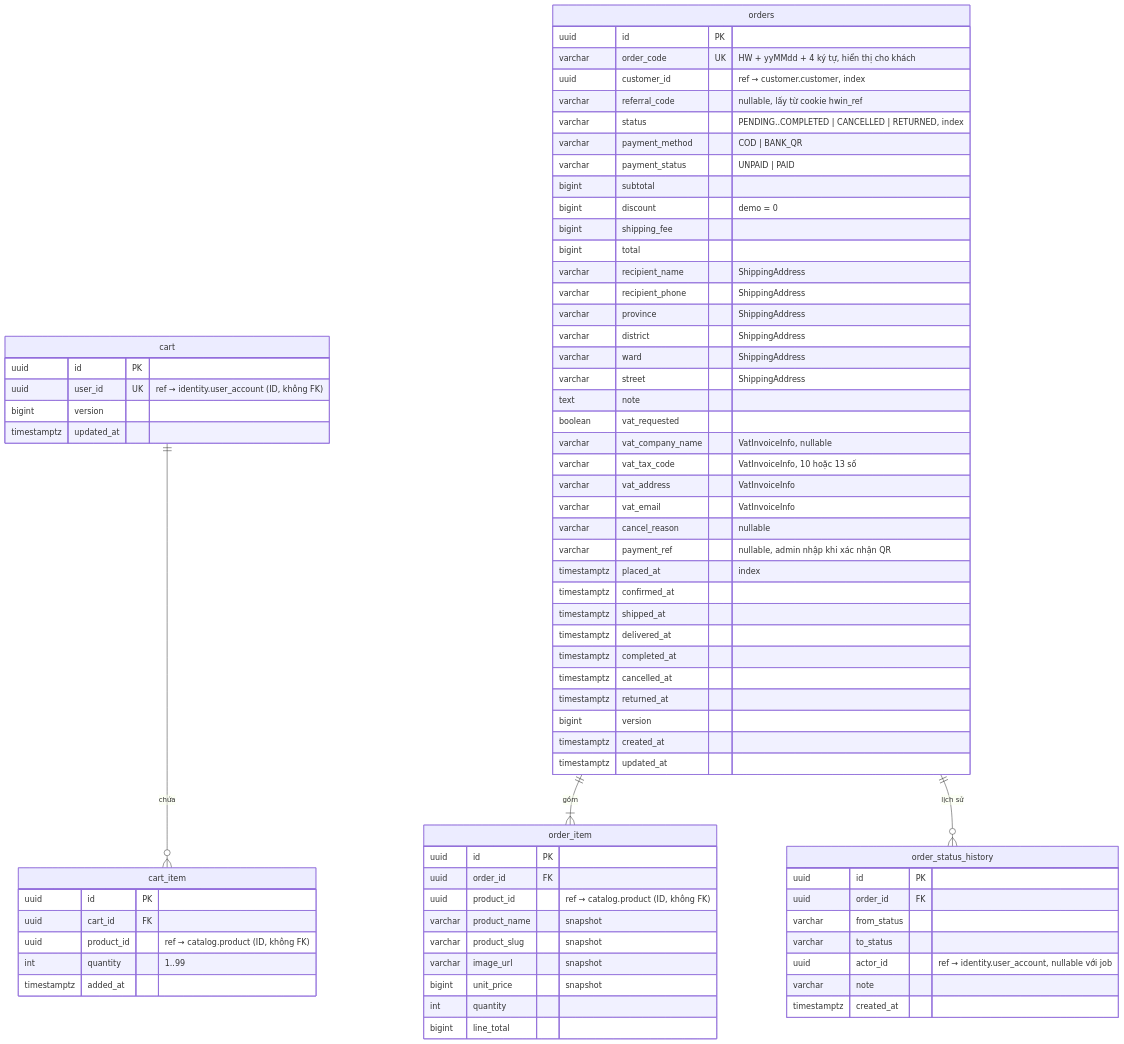
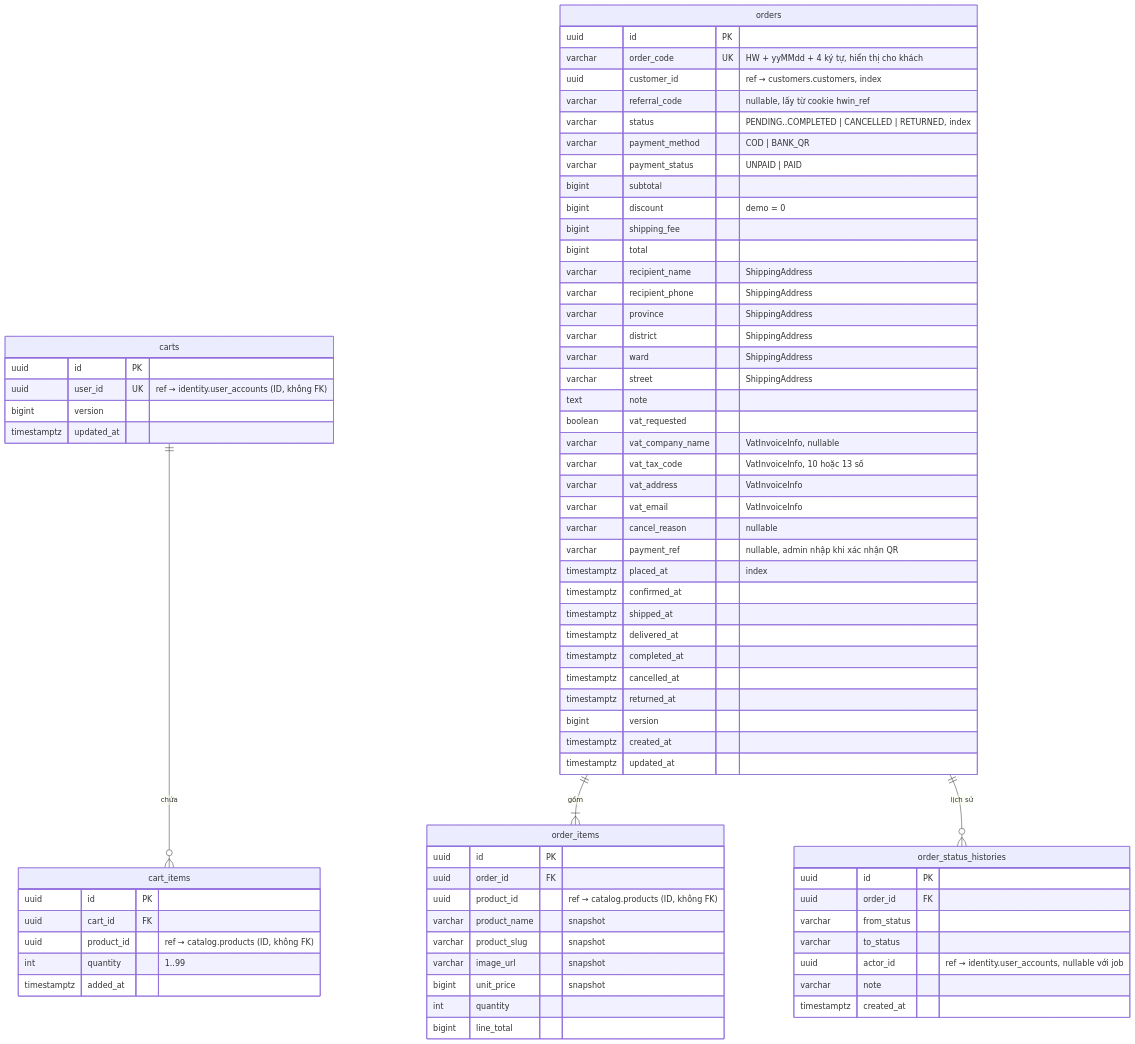
Before and after one commit to Vietnguyen203/Hwingroupweb: the third of 6 diagrams in docs/02-erd.md, drawn with Mermaid. The commit also changed other lines of this file and 415 other files, not shown here.

````diff
--- a/docs/02-erd.md
+++ b/docs/02-erd.md
@@ -170,81 +170,81 @@
 ```mermaid
 erDiagram
-    cart ||--o{ cart_item : "chứa"
-    orders ||--|{ order_item : "gồm"
-    orders ||--o{ order_status_history : "lịch sử"
+    carts ||--o{ cart_items : "chứa"
+    orders ||--|{ order_items : "gồm"
+    orders ||--o{ order_status_histories : "lịch sử"
 
-    cart {
+    carts {
         uuid id PK
-        uuid user_id UK "ref → identity.user_account (ID, không FK)"
+        uuid user_id UK "ref → identity.user_accounts (ID, không FK)"
         bigint version
         timestamptz updated_at
     }
 
-    cart_item {
+    cart_items {
         uuid id PK
         uuid cart_id FK
-        uuid product_id "ref → catalog.product (ID, không FK)"
+        uuid product_id "ref → catalog.products (ID, không FK)"
         int quantity "1..99"
         timestamptz added_at
     }
 
     orders {
         uuid id PK
         varchar order_code UK "HW + yyMMdd + 4 ký tự, hiển thị cho khách"
-        uuid customer_id "ref → customer.customer, index"
+        uuid customer_id "ref → customers.customers, index"
         varchar referral_code "nullable, lấy từ cookie hwin_ref"
         varchar status "PENDING..COMPLETED | CANCELLED | RETURNED, index"
         varchar payment_method "COD | BANK_QR"
         varchar payment_status "UNPAID | PAID"
         bigint subtotal
         bigint discount "demo = 0"
         bigint shipping_fee
         bigint total
         varchar recipient_name "ShippingAddress"
         varchar recipient_phone "ShippingAddress"
         varchar province "ShippingAddress"
         varchar district "ShippingAddress"
         varchar ward "ShippingAddress"
         varchar street "ShippingAddress"
         text note
         boolean vat_requested
         varchar vat_company_name "VatInvoiceInfo, nullable"
         varchar vat_tax_code "VatInvoiceInfo, 10 hoặc 13 số"
         varchar vat_address "VatInvoiceInfo"
         varchar vat_email "VatInvoiceInfo"
         varchar cancel_reason "nullable"
         varchar payment_ref "nullable, admin nhập khi xác nhận QR"
         timestamptz placed_at "index"
         timestamptz confirmed_at
         timestamptz shipped_at
         timestamptz delivered_at
         timestamptz completed_at
         timestamptz cancelled_at
         timestamptz returned_at
         bigint version
         timestamptz created_at
         timestamptz updated_at
     }
 
-    order_item {
+    order_items {
         uuid id PK
         uuid order_id FK
-        uuid product_id "ref → catalog.product (ID, không FK)"
+        uuid product_id "ref → catalog.products (ID, không FK)"
         varchar product_name "snapshot"
         varchar product_slug "snapshot"
         varchar image_url "snapshot"
         bigint unit_price "snapshot"
         int quantity
         bigint line_total
     }
 
-    order_status_history {
+    order_status_histories {
         uuid id PK
         uuid order_id FK
         varchar from_status
         varchar to_status
-        uuid actor_id "ref → identity.user_account, nullable với job"
+        uuid actor_id "ref → identity.user_accounts, nullable với job"
         varchar note
         timestamptz created_at
     }
 ```
````
